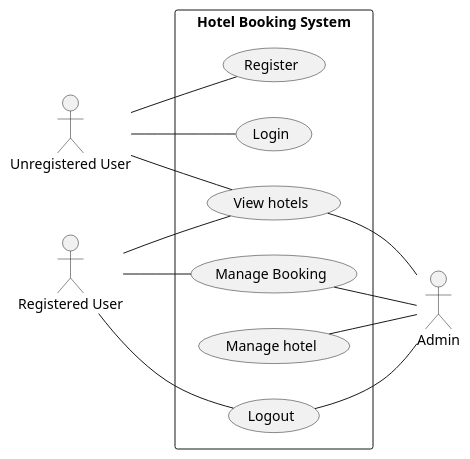
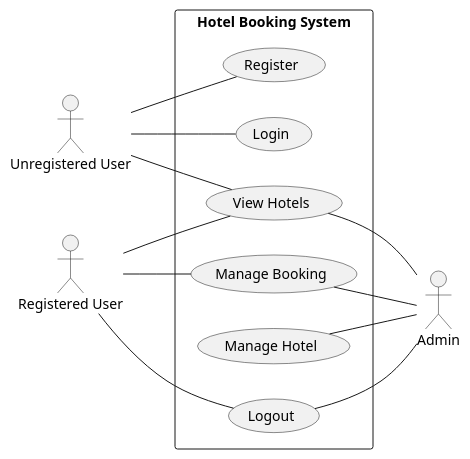
One commit to wirepecion/se-project-backend-8_thecallcenter changed the diagram in Document/useCaseDiagram.puml. Above: the diagram before and after it, drawn with PlantUML. The commit also changed 2 other files, not shown here.

Commit message:
Enhance booking functionality by adding check-in and check-out date validation, and update use case diagram for consistency

```diff
--- a/Document/useCaseDiagram.puml
+++ b/Document/useCaseDiagram.puml
@@ -1,31 +1,31 @@
 @startuml Hotel Booking System Use Case Diagram
 
 left to right direction
 
 actor "Unregistered User" as unregisteredUser
 actor "Registered User" as registeredUser
 actor "Admin" as admin
 
 rectangle "Hotel Booking System" {
   usecase "Register" as register
   usecase "Login" as login
-  usecase "View hotels" as view
+  usecase "View Hotels" as view
   usecase "Manage Booking" as manageBooking
-  usecase "Manage hotel" as manageHotel
+  usecase "Manage Hotel" as manageHotel
   usecase "Logout" as logout
 }
 
 unregisteredUser -- register
 unregisteredUser -- login
 unregisteredUser -- view
 
 registeredUser -- view
 registeredUser -- logout
 registeredUser -- manageBooking
 
 logout -- admin
 view -- admin
 manageBooking -- admin
 manageHotel -- admin
 
 @enduml
```
